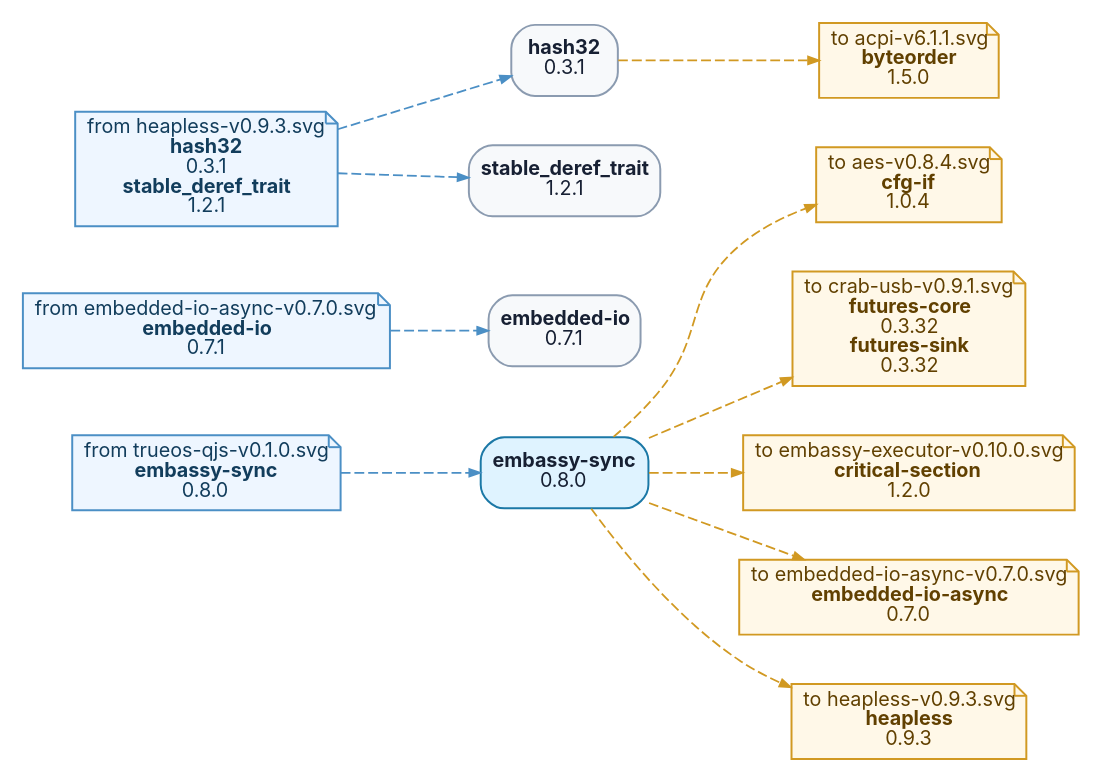
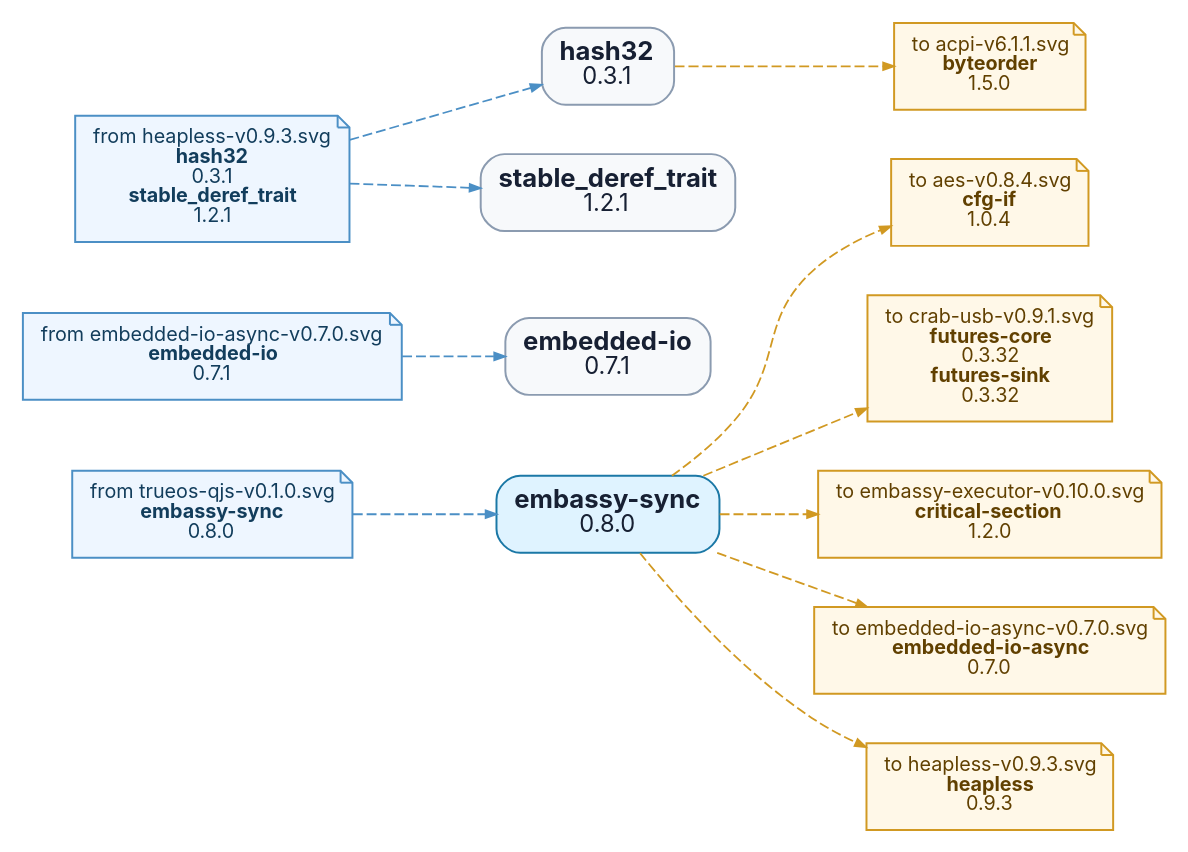
Before and after one commit to t4ce/TRUEOS: the diagram in tools/depgraph/by-root/embassy-sync-v0.8.0.dot, drawn with Graphviz. The commit also changed 162 other files, not shown here.

```diff
--- a/tools/depgraph/by-root/embassy-sync-v0.8.0.dot
+++ b/tools/depgraph/by-root/embassy-sync-v0.8.0.dot
@@ -1,30 +1,30 @@
 digraph "embassy-sync-v0.8.0" {
   graph [rankdir=LR, bgcolor="white", overlap=false, splines=true, nodesep=0.35, ranksep=0.55];
-  node [shape=box, style="rounded,filled", fontname="Inter,Arial", fontsize=10, margin="0.08,0.05", color="#8b9bb0", fillcolor="#f7f9fb", fontcolor="#172033"];
+  node [shape=box, style="rounded,filled", fontname="Inter,Arial", fontsize=10, margin="0.13,0.10", color="#8b9bb0", fillcolor="#f7f9fb", fontcolor="#172033"];
   edge [color="#9aa8b8", arrowsize=0.55, penwidth=0.9];
-  n0 [label=<<B>embassy-sync</B><BR/>0.8.0>, fillcolor="#dff3ff", color="#1b78a6"];
-  n1 [label=<<B>embedded-io</B><BR/>0.7.1>, fillcolor="#f7f9fb", color="#8b9bb0"];
-  n2 [label=<<B>hash32</B><BR/>0.3.1>, fillcolor="#f7f9fb", color="#8b9bb0"];
-  n3 [label=<<B>stable_deref_trait</B><BR/>1.2.1>, fillcolor="#f7f9fb", color="#8b9bb0"];
+  n0 [label=<<FONT POINT-SIZE="13"><B>embassy-sync</B></FONT><BR/><FONT POINT-SIZE="12">0.8.0</FONT>>, fillcolor="#dff3ff", color="#1b78a6"];
+  n1 [label=<<FONT POINT-SIZE="13"><B>embedded-io</B></FONT><BR/><FONT POINT-SIZE="12">0.7.1</FONT>>, fillcolor="#f7f9fb", color="#8b9bb0"];
+  n2 [label=<<FONT POINT-SIZE="13"><B>hash32</B></FONT><BR/><FONT POINT-SIZE="12">0.3.1</FONT>>, fillcolor="#f7f9fb", color="#8b9bb0"];
+  n3 [label=<<FONT POINT-SIZE="13"><B>stable_deref_trait</B></FONT><BR/><FONT POINT-SIZE="12">1.2.1</FONT>>, fillcolor="#f7f9fb", color="#8b9bb0"];
   out0 [label=<to acpi-v6.1.1.svg<BR/><B>byteorder</B><BR/>1.5.0>, shape=note, style="filled", fillcolor="#fff8e8", color="#d19922", fontcolor="#614000"];
   n2 -> out0 [style=dashed, color="#d19922"];
   out1 [label=<to aes-v0.8.4.svg<BR/><B>cfg-if</B><BR/>1.0.4>, shape=note, style="filled", fillcolor="#fff8e8", color="#d19922", fontcolor="#614000"];
   n0 -> out1 [style=dashed, color="#d19922"];
   out2 [label=<to crab-usb-v0.9.1.svg<BR/><B>futures-core</B><BR/>0.3.32<BR/><B>futures-sink</B><BR/>0.3.32>, shape=note, style="filled", fillcolor="#fff8e8", color="#d19922", fontcolor="#614000"];
   n0 -> out2 [style=dashed, color="#d19922"];
   out3 [label=<to embassy-executor-v0.10.0.svg<BR/><B>critical-section</B><BR/>1.2.0>, shape=note, style="filled", fillcolor="#fff8e8", color="#d19922", fontcolor="#614000"];
   n0 -> out3 [style=dashed, color="#d19922"];
   out4 [label=<to embedded-io-async-v0.7.0.svg<BR/><B>embedded-io-async</B><BR/>0.7.0>, shape=note, style="filled", fillcolor="#fff8e8", color="#d19922", fontcolor="#614000"];
   n0 -> out4 [style=dashed, color="#d19922"];
   out5 [label=<to heapless-v0.9.3.svg<BR/><B>heapless</B><BR/>0.9.3>, shape=note, style="filled", fillcolor="#fff8e8", color="#d19922", fontcolor="#614000"];
   n0 -> out5 [style=dashed, color="#d19922"];
   in6 [label=<from embedded-io-async-v0.7.0.svg<BR/><B>embedded-io</B><BR/>0.7.1>, shape=note, style="filled", fillcolor="#eef6ff", color="#4b8fc5", fontcolor="#123d5c"];
   in6 -> n1 [style=dashed, color="#4b8fc5"];
   in7 [label=<from heapless-v0.9.3.svg<BR/><B>hash32</B><BR/>0.3.1<BR/><B>stable_deref_trait</B><BR/>1.2.1>, shape=note, style="filled", fillcolor="#eef6ff", color="#4b8fc5", fontcolor="#123d5c"];
   in7 -> n2 [style=dashed, color="#4b8fc5"];
   in7 -> n3 [style=dashed, color="#4b8fc5"];
   in8 [label=<from trueos-qjs-v0.1.0.svg<BR/><B>embassy-sync</B><BR/>0.8.0>, shape=note, style="filled", fillcolor="#eef6ff", color="#4b8fc5", fontcolor="#123d5c"];
   in8 -> n0 [style=dashed, color="#4b8fc5"];
   // collapsed leaf ends: 0
   // centered two-input leaves: 0
 }
```
